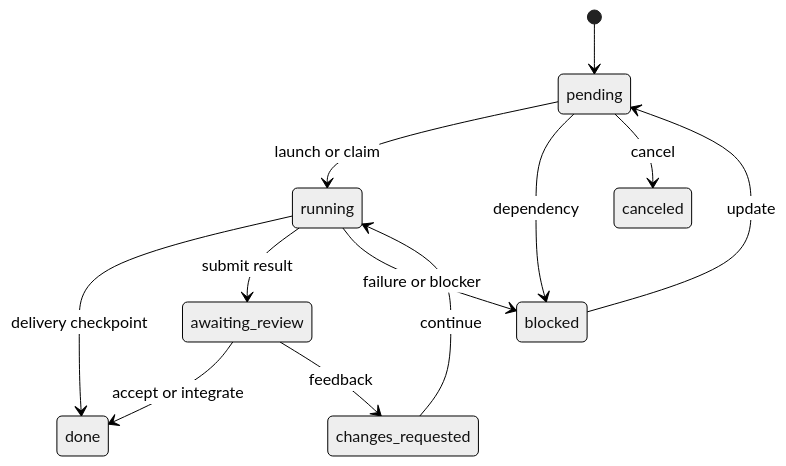
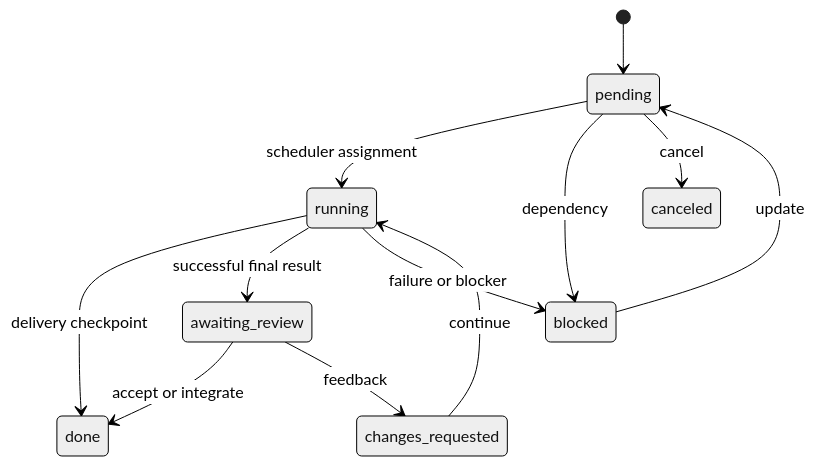
The first of 3 diagrams in WORKFLOWS.md (alexschlessinger/polly), drawn with Mermaid (neutral theme) before and after one commit. The commit also changed other lines of this file and 3 other files, not shown here.

````diff
--- a/WORKFLOWS.md
+++ b/WORKFLOWS.md
@@ -89,14 +84,14 @@
 ```mermaid
 stateDiagram-v2
     [*] --> pending
-    pending --> running: launch or claim
+    pending --> running: scheduler assignment
     running --> done: delivery checkpoint
-    running --> awaiting_review: submit result
+    running --> awaiting_review: successful final result
     awaiting_review --> done: accept or integrate
     awaiting_review --> changes_requested: feedback
     changes_requested --> running: continue
     pending --> blocked: dependency
     running --> blocked: failure or blocker
     blocked --> pending: update
     pending --> canceled: cancel
 ```
````
